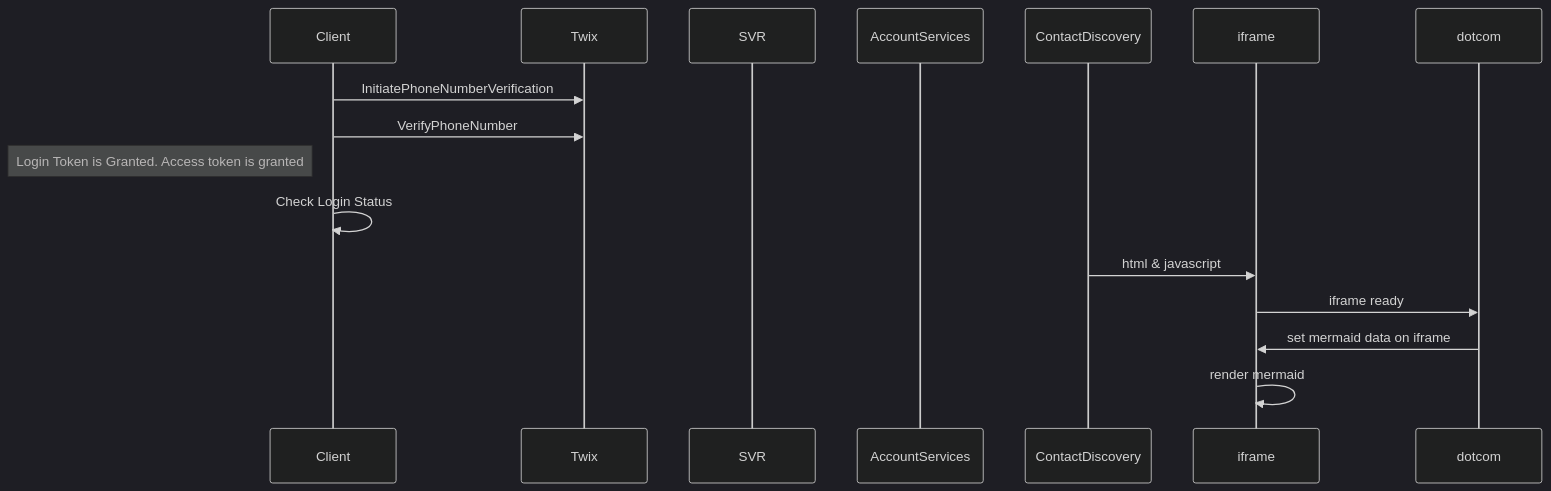
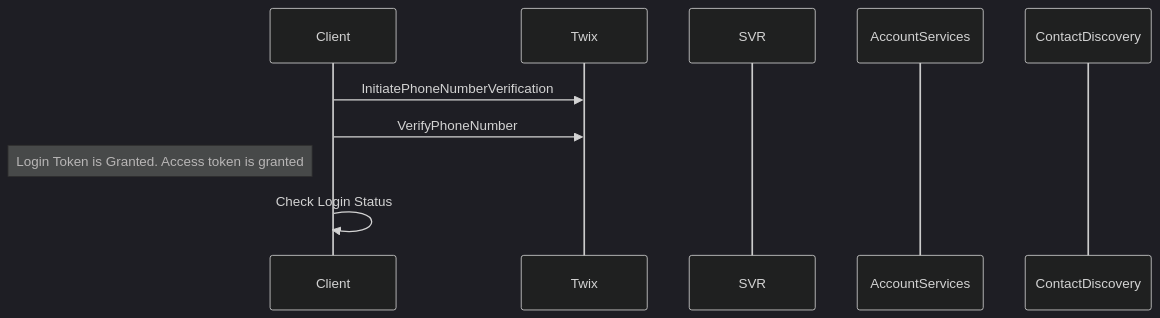
One commit to trunkafunk/trunkafunk changed the first of 2 diagrams in testfile.MD. Above: the diagram before and after it, drawn with Mermaid (dark theme). The commit also changed other lines of this file, not shown here.

````diff
--- a/testfile.MD
+++ b/testfile.MD
@@ -4,21 +4,18 @@
 ```mermaid
 sequenceDiagram
     participant Client
     participant Twix
     participant SVR
     Client->>Twix: InitiatePhoneNumberVerification 
     Client->>Twix: VerifyPhoneNumber
     
     Note left of Client: Login Token is Granted. Access token is granted
     Client->>Client: Check Login Status
     
     
     participant AccountServices
     participant ContactDiscovery
     
-    ContactDiscovery->>iframe: html & javascript
 
-    iframe->>dotcom: iframe ready
-    dotcom->>iframe: set mermaid data on iframe
-    iframe->>iframe: render mermaid
+
 ```
````
